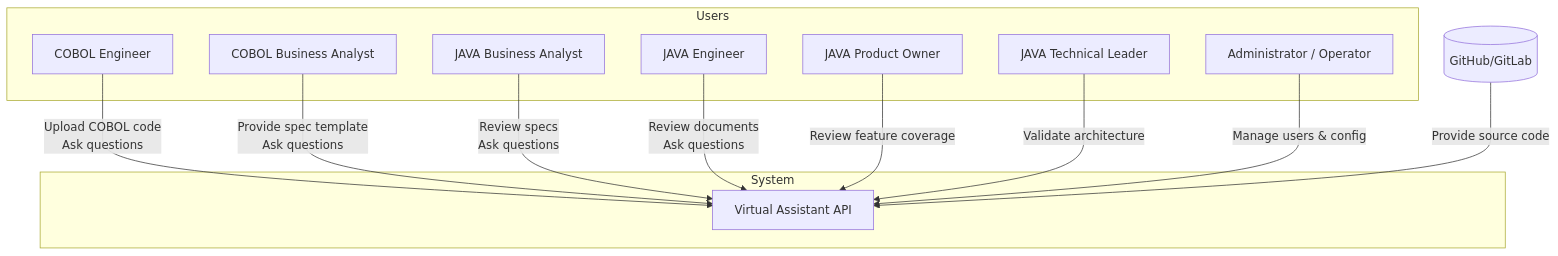
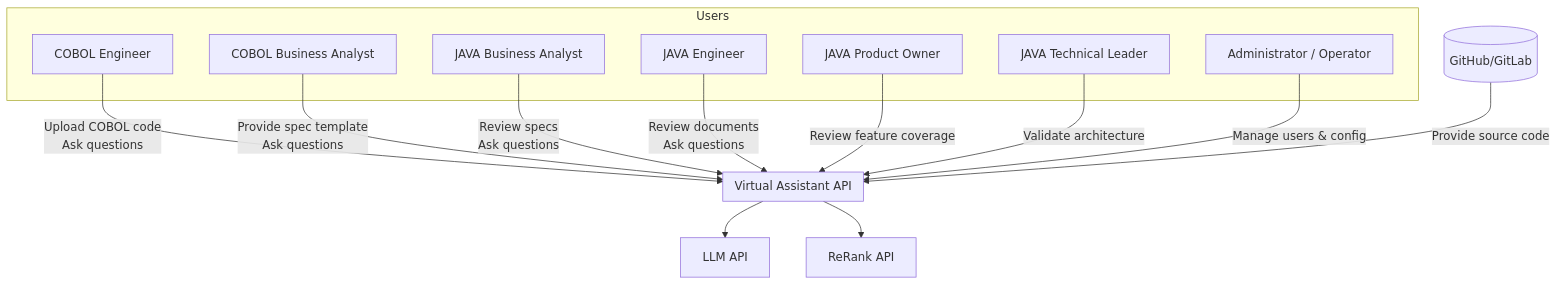
One commit to anhttmle/anhttmle.github.io changed the first of 2 diagrams in _draft/C2B/CA-Design.md. Above: the diagram before and after it, drawn with Mermaid.

````diff
--- a/_draft/C2B/CA-Design.md
+++ b/_draft/C2B/CA-Design.md
@@ -42,26 +42,29 @@
 ```mermaid
 graph TD
     subgraph Users
         COBOL_E[COBOL Engineer]
         COBOL_BA[COBOL Business Analyst]
         JAVA_BA[JAVA Business Analyst]
         JAVA_E[JAVA Engineer]
         JAVA_PO[JAVA Product Owner]
         JAVA_TL[JAVA Technical Leader]
         Admin[Administrator / Operator]
     end
 
-    subgraph System
-        VA[Virtual Assistant API]
+    subgraph VA[Virtual Assistant API]
+        
     end
+
+    VA --> LLM[LLM API]
+    VA --> ReRanker[ReRank API]
 
     COBOL_E -->|Upload COBOL code<br>Ask questions| VA
     COBOL_BA -->|Provide spec template<br>Ask questions| VA
     JAVA_BA -->|Review specs<br>Ask questions| VA
     JAVA_E -->|Review documents<br>Ask questions| VA
     JAVA_PO -->|Review feature coverage| VA
     JAVA_TL -->|Validate architecture| VA
     Admin -->|Manage users & config| VA
     GitHub[(GitHub/GitLab)] -->|Provide source code| VA
 
 ```
````
